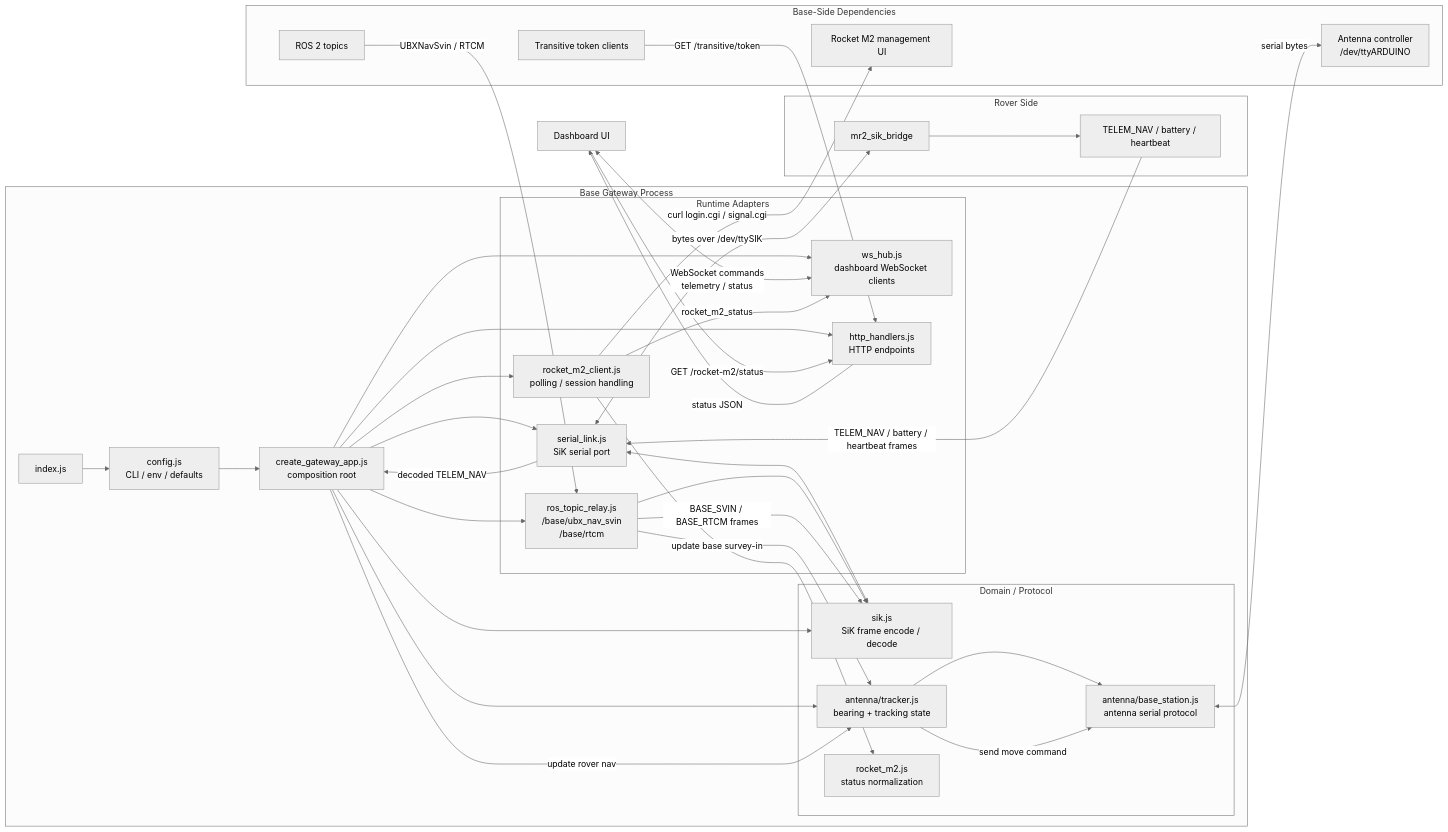
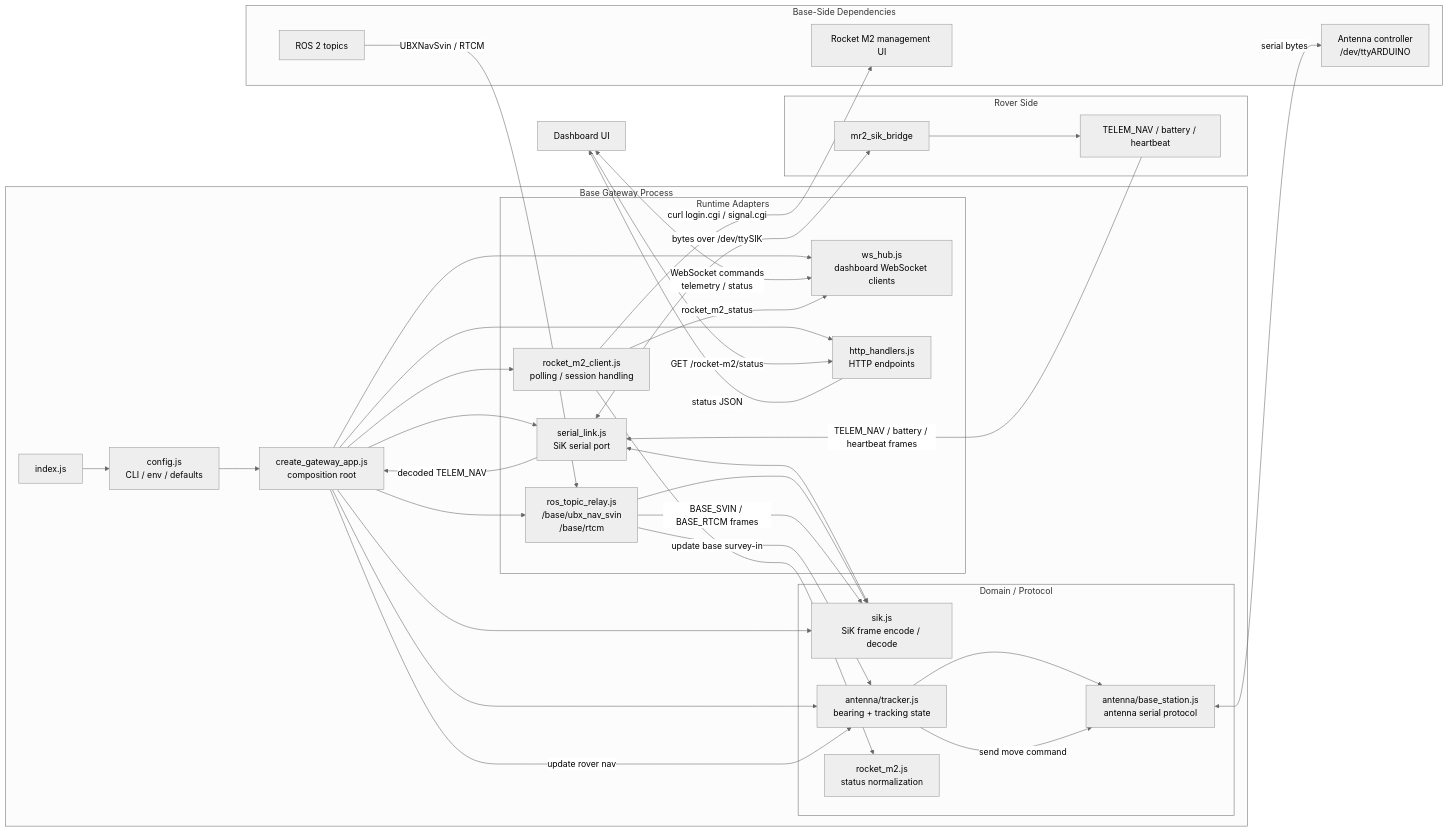
The diagram in base/gateway/README.md (URC-kaist/ros2_ws), drawn with Mermaid (neutral theme) before and after one commit. The commit also changed other lines of this file and 14 other files, not shown here.

````diff
--- a/base/gateway/README.md
+++ b/base/gateway/README.md
@@ -19,73 +18,71 @@
 ```mermaid
 flowchart LR
   dashboard[Dashboard UI]
 
   subgraph gateway_pkg[Base Gateway Process]
     entry[index.js]
     config[config.js<br/>CLI / env / defaults]
     app[create_gateway_app.js<br/>composition root]
 
     subgraph runtime[Runtime Adapters]
       wshub[ws_hub.js<br/>dashboard WebSocket clients]
       http[http_handlers.js<br/>HTTP endpoints]
       serial[serial_link.js<br/>SiK serial port]
       relay[ros_topic_relay.js<br/>/base/ubx_nav_svin<br/>/base/rtcm]
       rocket_client[rocket_m2_client.js<br/>polling / session handling]
     end
 
     subgraph domain[Domain / Protocol]
       sik[sik.js<br/>SiK frame encode / decode]
       tracker[antenna/tracker.js<br/>bearing + tracking state]
       antenna_proto[antenna/base_station.js<br/>antenna serial protocol]
       rocket_parse[rocket_m2.js<br/>status normalization]
     end
   end
 
   subgraph rover_side[Rover Side]
     rover_bridge[mr2_sik_bridge]
     rover_nav[TELEM_NAV / battery / heartbeat]
   end
 
   subgraph base_side[Base-Side Dependencies]
     ros_topics[ROS 2 topics]
     antenna_hw[Antenna controller<br/>/dev/ttyARDUINO]
     rocket_hw[Rocket M2 management UI]
-    transitive[Transitive token clients]
   end
 
   entry --> config
   config --> app
   app --> wshub
   app --> http
   app --> serial
   app --> relay
   app --> tracker
   app --> rocket_client
 
   serial <--> sik
   relay --> sik
   app --> sik
   rocket_client --> rocket_parse
   tracker --> antenna_proto
 
   dashboard <-->|WebSocket commands<br/>telemetry / status| wshub
-  transitive -->|GET /transitive/token| http
   dashboard -->|GET /rocket-m2/status| http
 
   serial <-->|bytes over /dev/ttySIK| rover_bridge
   rover_bridge --> rover_nav
   rover_nav -->|TELEM_NAV / battery / heartbeat frames| serial
 
   ros_topics -->|UBXNavSvin / RTCM| relay
   relay -->|BASE_SVIN / BASE_RTCM frames| sik
 
   serial -->|decoded TELEM_NAV| app
   app -->|update rover nav| tracker
   relay -->|update base survey-in| tracker
   tracker -->|send move command| antenna_proto
   antenna_proto <-->|serial bytes| antenna_hw
 
   rocket_client -->|curl login.cgi / signal.cgi| rocket_hw
   rocket_client -->|rocket_m2_status| wshub
   http -->|status JSON| dashboard
 ```
````
